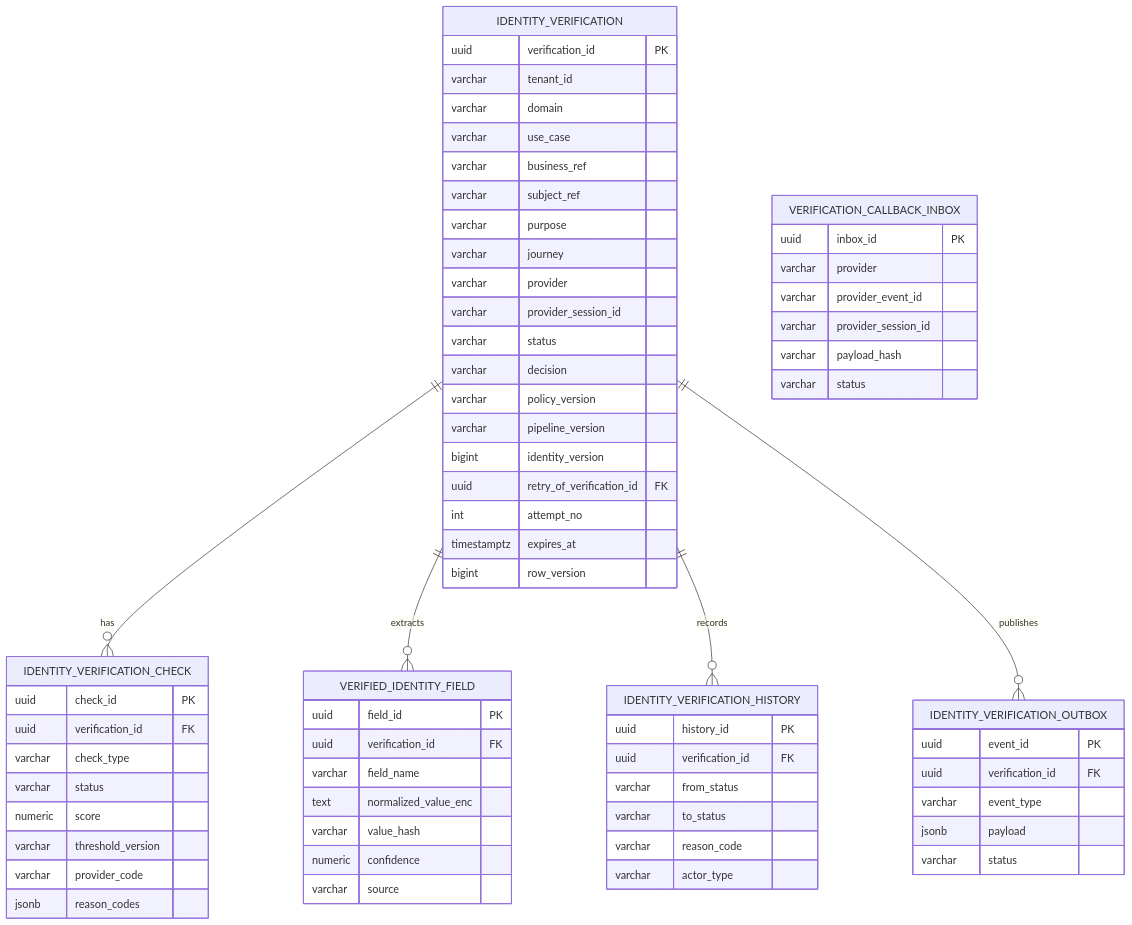
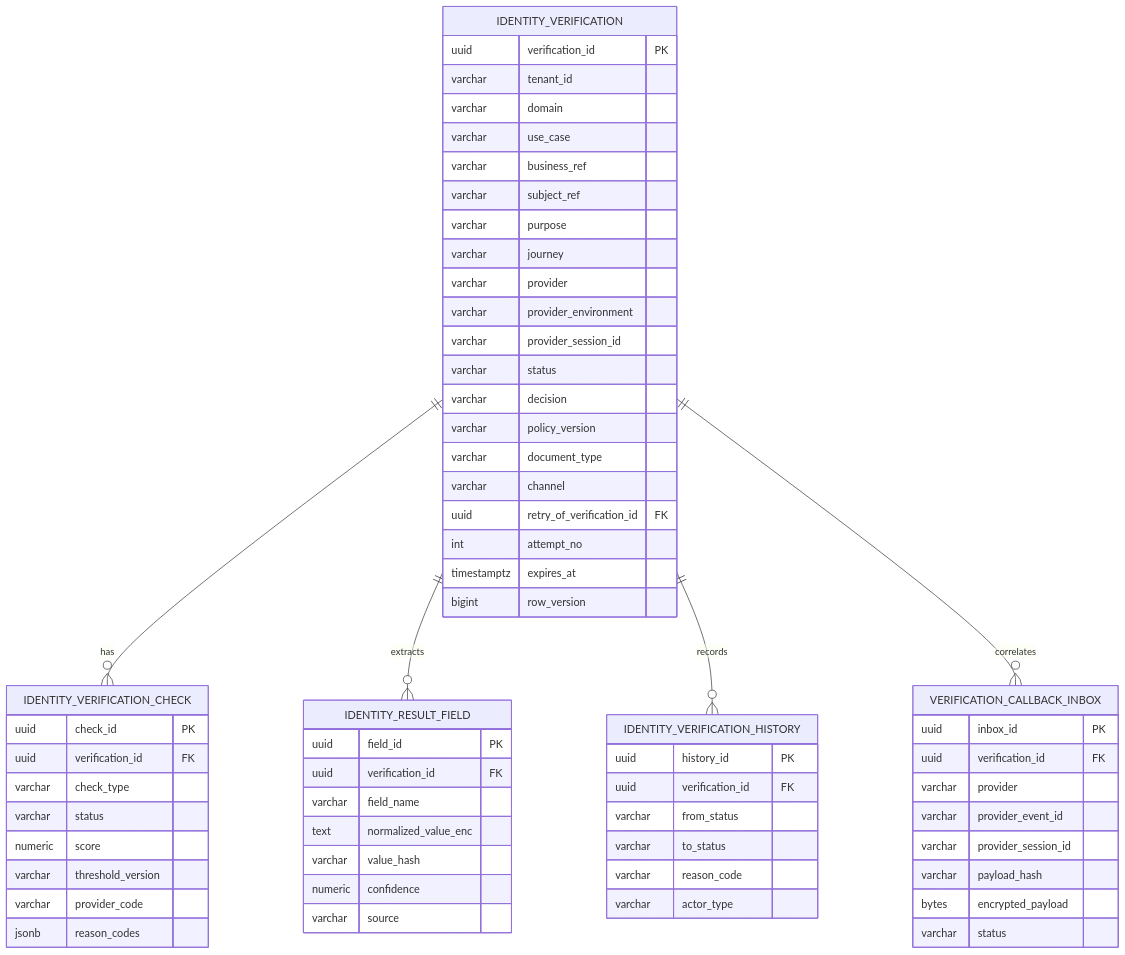
The eighth of 23 diagrams in README.md (huynv-xyz/vhm), drawn with Mermaid before and after one commit. The commit also changed other lines of this file, not shown here.

````diff
--- a/README.md
+++ b/README.md
@@ -722,70 +819,66 @@
 ```mermaid
 erDiagram
     IDENTITY_VERIFICATION {
         uuid verification_id PK
         varchar tenant_id
         varchar domain
         varchar use_case
         varchar business_ref
         varchar subject_ref
         varchar purpose
         varchar journey
         varchar provider
+        varchar provider_environment
         varchar provider_session_id
         varchar status
         varchar decision
         varchar policy_version
-        varchar pipeline_version
-        bigint identity_version
+        varchar document_type
+        varchar channel
         uuid retry_of_verification_id FK
         int attempt_no
         timestamptz expires_at
         bigint row_version
     }
     IDENTITY_VERIFICATION_CHECK {
         uuid check_id PK
         uuid verification_id FK
         varchar check_type
         varchar status
         numeric score
         varchar threshold_version
         varchar provider_code
         jsonb reason_codes
     }
-    VERIFIED_IDENTITY_FIELD {
+    IDENTITY_RESULT_FIELD {
         uuid field_id PK
         uuid verification_id FK
         varchar field_name
         text normalized_value_enc
         varchar value_hash
         numeric confidence
         varchar source
     }
     VERIFICATION_CALLBACK_INBOX {
         uuid inbox_id PK
+        uuid verification_id FK
         varchar provider
         varchar provider_event_id
         varchar provider_session_id
         varchar payload_hash
+        bytes encrypted_payload
         varchar status
     }
     IDENTITY_VERIFICATION_HISTORY {
         uuid history_id PK
         uuid verification_id FK
         varchar from_status
         varchar to_status
         varchar reason_code
         varchar actor_type
     }
-    IDENTITY_VERIFICATION_OUTBOX {
-        uuid event_id PK
-        uuid verification_id FK
-        varchar event_type
-        jsonb payload
-        varchar status
-    }
     IDENTITY_VERIFICATION ||--o{ IDENTITY_VERIFICATION_CHECK : has
-    IDENTITY_VERIFICATION ||--o{ VERIFIED_IDENTITY_FIELD : extracts
+    IDENTITY_VERIFICATION ||--o{ IDENTITY_RESULT_FIELD : extracts
     IDENTITY_VERIFICATION ||--o{ IDENTITY_VERIFICATION_HISTORY : records
-    IDENTITY_VERIFICATION ||--o{ IDENTITY_VERIFICATION_OUTBOX : publishes
+    IDENTITY_VERIFICATION ||--o{ VERIFICATION_CALLBACK_INBOX : correlates
 ```
````
